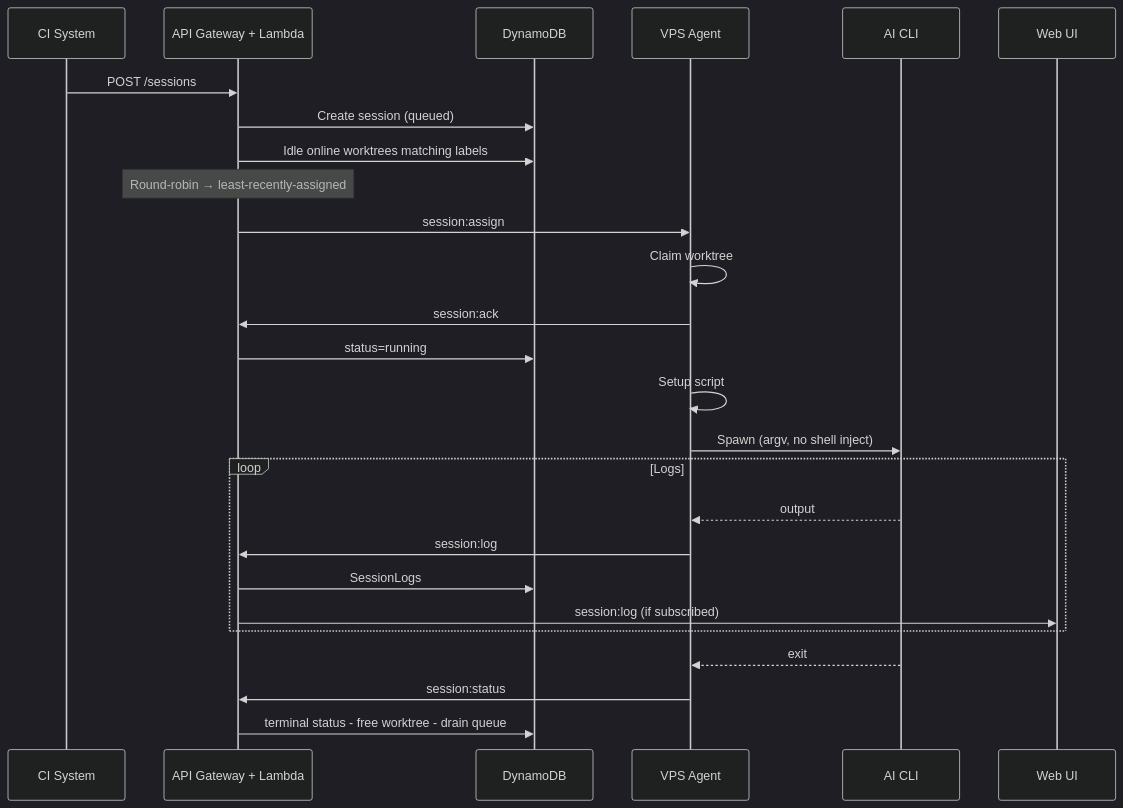
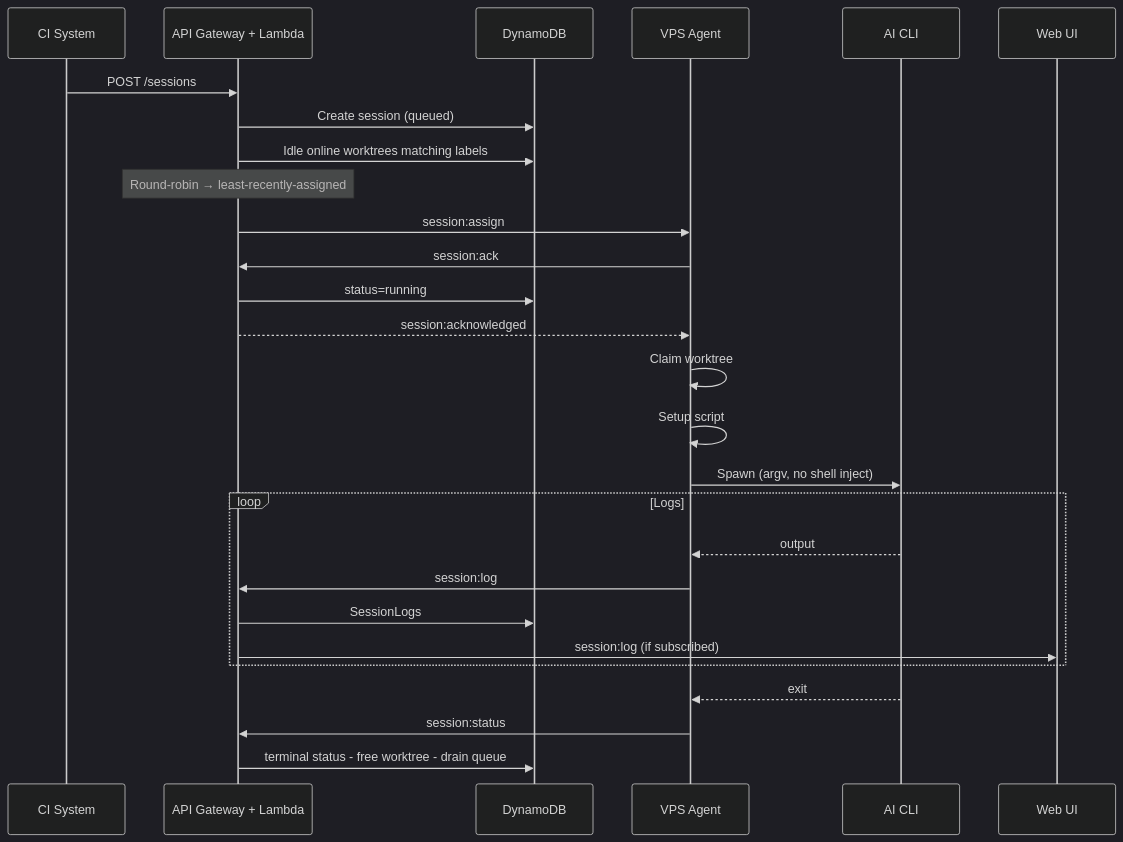
One commit to jonathanong/auto-harness changed the second of 4 diagrams in docs/architecture.md. Above: the diagram before and after it, drawn with Mermaid (dark theme). The commit also changed 66 other files, not shown here.

````diff
--- a/docs/architecture.md
+++ b/docs/architecture.md
@@ -77,29 +77,30 @@
 ```mermaid
 sequenceDiagram
     participant CI as CI System
     participant API as API Gateway + Lambda
     participant DDB as DynamoDB
     participant Agent as VPS Agent
     participant Tool as AI CLI
     participant UI as Web UI
 
     CI->>API: POST /sessions
     API->>DDB: Create session (queued)
     API->>DDB: Idle online worktrees matching labels
     Note over API: Round-robin → least-recently-assigned
     API->>Agent: session:assign
-    Agent->>Agent: Claim worktree
     Agent->>API: session:ack
     API->>DDB: status=running
+    API-->>Agent: session:acknowledged
+    Agent->>Agent: Claim worktree
     Agent->>Agent: Setup script
     Agent->>Tool: Spawn (argv, no shell inject)
     loop Logs
         Tool-->>Agent: output
         Agent->>API: session:log
         API->>DDB: SessionLogs
         API->>UI: session:log (if subscribed)
     end
     Tool-->>Agent: exit
     Agent->>API: session:status
     API->>DDB: terminal status - free worktree - drain queue
 ```
````
